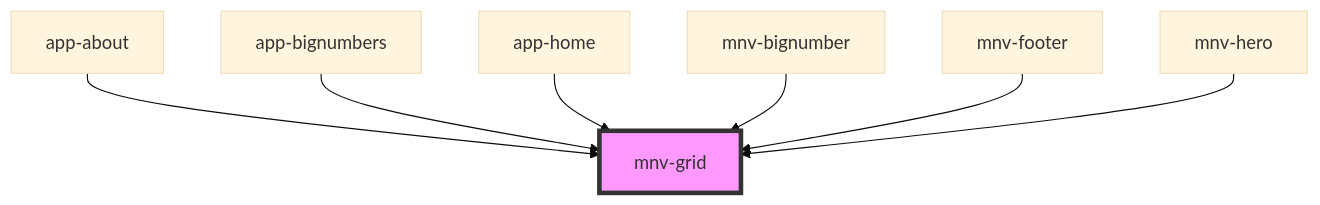
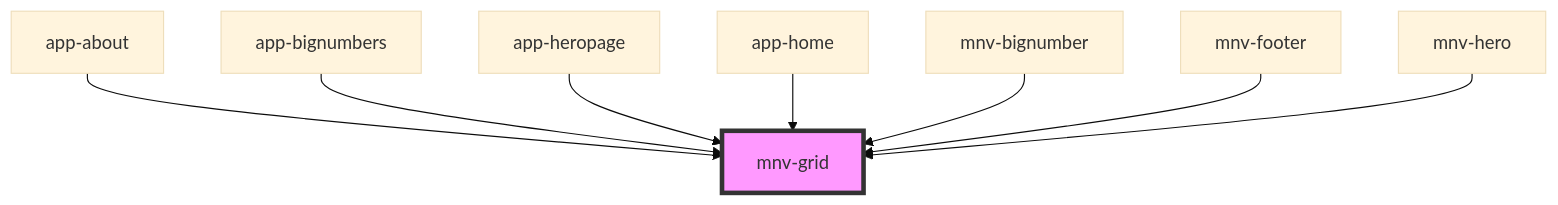
One commit to rafaela-vairo/ufrj-sustainable changed the diagram in src/components/layout/mnv-grid/readme.md. Above: the diagram before and after it, drawn with Mermaid (base theme). The commit also changed other lines of this file and 27 other files, not shown here.

````diff
--- a/src/components/layout/mnv-grid/readme.md
+++ b/src/components/layout/mnv-grid/readme.md
@@ -34,10 +35,11 @@
 ```mermaid
 graph TD;
   app-about --> mnv-grid
   app-bignumbers --> mnv-grid
+  app-heropage --> mnv-grid
   app-home --> mnv-grid
   mnv-bignumber --> mnv-grid
   mnv-footer --> mnv-grid
   mnv-hero --> mnv-grid
   style mnv-grid fill:#f9f,stroke:#333,stroke-width:4px
 ```
````
